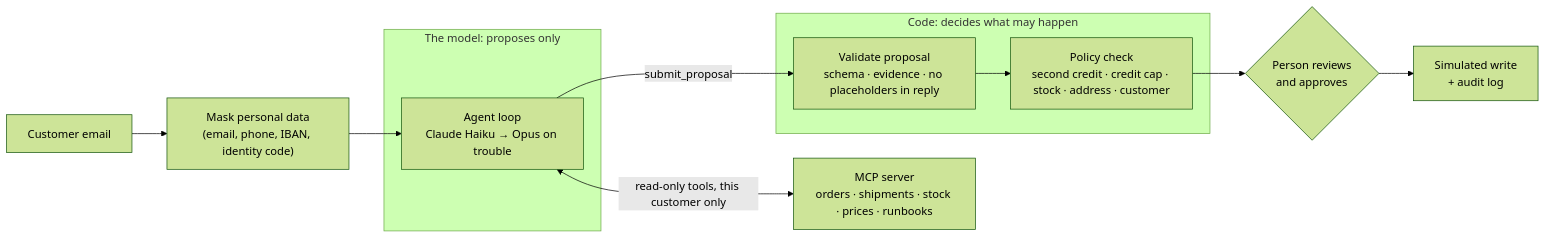
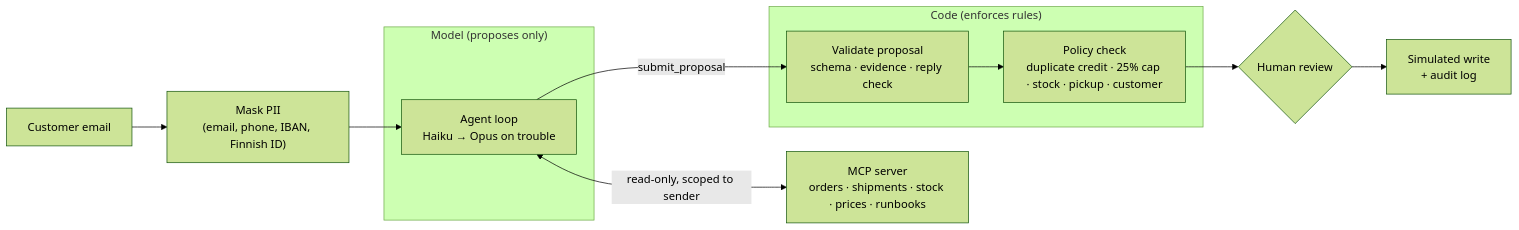
The diagram in README.md (MedalKing/support-triage-agent), drawn with Mermaid (forest theme) before and after one commit. The commit also changed other lines of this file and 1 other file, not shown here.

````diff
--- a/README.md
+++ b/README.md
@@ -36,15 +22,15 @@
 ```mermaid
 flowchart LR
-    T[Customer email] --> R["Mask personal data<br/>(email, phone, IBAN, identity code)"]
+    T[Customer email] --> R["Mask PII<br/>(email, phone, IBAN, Finnish ID)"]
     R --> M
-    subgraph untrusted["The model: proposes only"]
-        M["Agent loop<br/>Claude Haiku → Opus on trouble"]
+    subgraph untrusted["Model (proposes only)"]
+        M["Agent loop<br/>Haiku → Opus on trouble"]
     end
-    M <-->|"read-only tools, this customer only"| E["MCP server<br/>orders · shipments · stock · prices · runbooks"]
+    M <-->|"read-only, scoped to sender"| E["MCP server<br/>orders · shipments · stock · prices · runbooks"]
     M -->|submit_proposal| V
-    subgraph trusted["Code: decides what may happen"]
-        V["Validate proposal<br/>schema · evidence · no placeholders in reply"] --> P["Policy check<br/>second credit · credit cap · stock · address · customer"]
+    subgraph trusted["Code (enforces rules)"]
+        V["Validate proposal<br/>schema · evidence · reply check"] --> P["Policy check<br/>duplicate credit · 25% cap · stock · pickup · customer"]
     end
-    P --> H{"Person reviews<br/>and approves"}
+    P --> H{"Human review"}
     H --> W["Simulated write<br/>+ audit log"]
 ```
````
